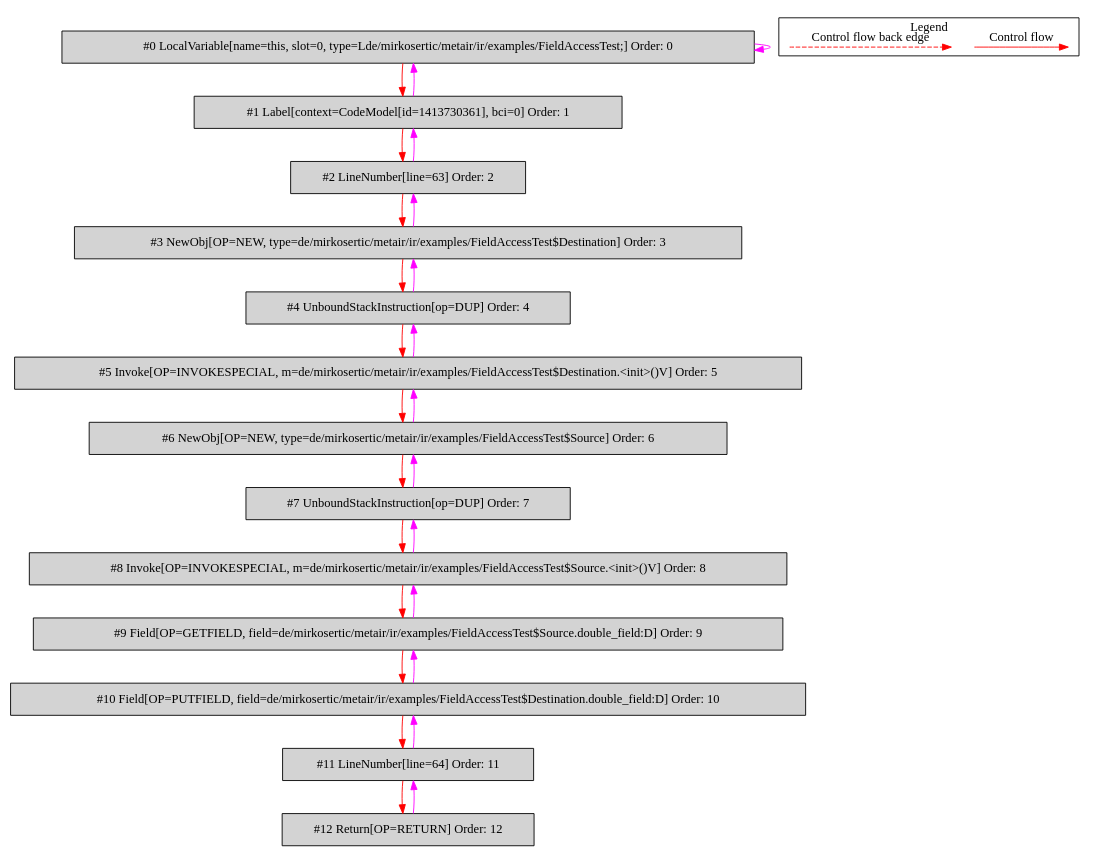
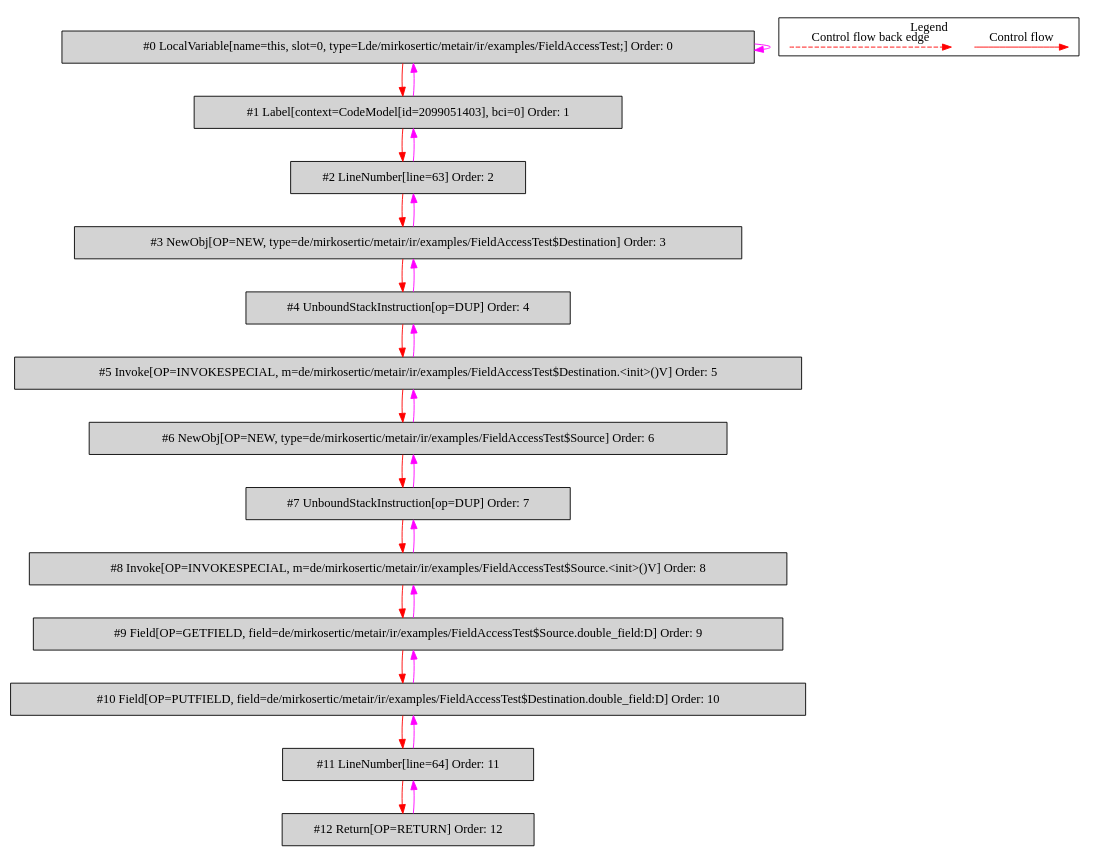
One commit to mirkosertic/MetaIR changed the diagram in de.mirkosertic.metair.ir.examples.FieldAccessTest/copy_double/bytecodecfg.dot. Above: the diagram before and after it, drawn with Graphviz. The commit also changed 1222 other files, not shown here.

```diff
--- a/de.mirkosertic.metair.ir.examples.FieldAccessTest/copy_double/bytecodecfg.dot
+++ b/de.mirkosertic.metair.ir.examples.FieldAccessTest/copy_double/bytecodecfg.dot
@@ -1,55 +1,55 @@
 digraph {
  ordering="in";
  node0[label="#0 LocalVariable[name=this, slot=0, type=Lde/mirkosertic/metair/ir/examples/FieldAccessTest;] Order: 0", shape=box, fillcolor=lightgrey, style=filled];
- node1[label="#1 Label[context=CodeModel[id=1413730361], bci=0] Order: 1", shape=box, fillcolor=lightgrey, style=filled];
+ node1[label="#1 Label[context=CodeModel[id=2099051403], bci=0] Order: 1", shape=box, fillcolor=lightgrey, style=filled];
  node2[label="#2 LineNumber[line=63] Order: 2", shape=box, fillcolor=lightgrey, style=filled];
  node3[label="#3 NewObj[OP=NEW, type=de/mirkosertic/metair/ir/examples/FieldAccessTest$Destination] Order: 3", shape=box, fillcolor=lightgrey, style=filled];
  node4[label="#4 UnboundStackInstruction[op=DUP] Order: 4", shape=box, fillcolor=lightgrey, style=filled];
  node5[label="#5 Invoke[OP=INVOKESPECIAL, m=de/mirkosertic/metair/ir/examples/FieldAccessTest$Destination.<init>()V] Order: 5", shape=box, fillcolor=lightgrey, style=filled];
  node6[label="#6 NewObj[OP=NEW, type=de/mirkosertic/metair/ir/examples/FieldAccessTest$Source] Order: 6", shape=box, fillcolor=lightgrey, style=filled];
  node7[label="#7 UnboundStackInstruction[op=DUP] Order: 7", shape=box, fillcolor=lightgrey, style=filled];
  node8[label="#8 Invoke[OP=INVOKESPECIAL, m=de/mirkosertic/metair/ir/examples/FieldAccessTest$Source.<init>()V] Order: 8", shape=box, fillcolor=lightgrey, style=filled];
  node9[label="#9 Field[OP=GETFIELD, field=de/mirkosertic/metair/ir/examples/FieldAccessTest$Source.double_field:D] Order: 9", shape=box, fillcolor=lightgrey, style=filled];
  node10[label="#10 Field[OP=PUTFIELD, field=de/mirkosertic/metair/ir/examples/FieldAccessTest$Destination.double_field:D] Order: 10", shape=box, fillcolor=lightgrey, style=filled];
  node11[label="#11 LineNumber[line=64] Order: 11", shape=box, fillcolor=lightgrey, style=filled];
  node12[label="#12 Return[OP=RETURN] Order: 12", shape=box, fillcolor=lightgrey, style=filled];
  node0 -> node0[color=fuchsia];
  node0 -> node1[color=red];
  node1 -> node0[color=fuchsia];
  node1 -> node2[color=red];
  node2 -> node1[color=fuchsia];
  node2 -> node3[color=red];
  node3 -> node2[color=fuchsia];
  node3 -> node4[color=red];
  node4 -> node3[color=fuchsia];
  node4 -> node5[color=red];
  node5 -> node4[color=fuchsia];
  node5 -> node6[color=red];
  node6 -> node5[color=fuchsia];
  node6 -> node7[color=red];
  node7 -> node6[color=fuchsia];
  node7 -> node8[color=red];
  node8 -> node7[color=fuchsia];
  node8 -> node9[color=red];
  node9 -> node8[color=fuchsia];
  node9 -> node10[color=red];
  node10 -> node9[color=fuchsia];
  node10 -> node11[color=red];
  node11 -> node10[color=fuchsia];
  node11 -> node12[color=red];
  node12 -> node11[color=fuchsia];
  subgraph cluster_000 {
   label = "Legend";
   node [shape=point]
   {
    rank=same;
    c0 [style = invis];
    c1 [style = invis];
    c2 [style = invis];
    c3 [style = invis];
   }
   c0 -> c1 [label="Control flow", style=solid, color=red]
   c2 -> c3 [label="Control flow back edge", style=dashed, color=red]
  }
 
 }
```
